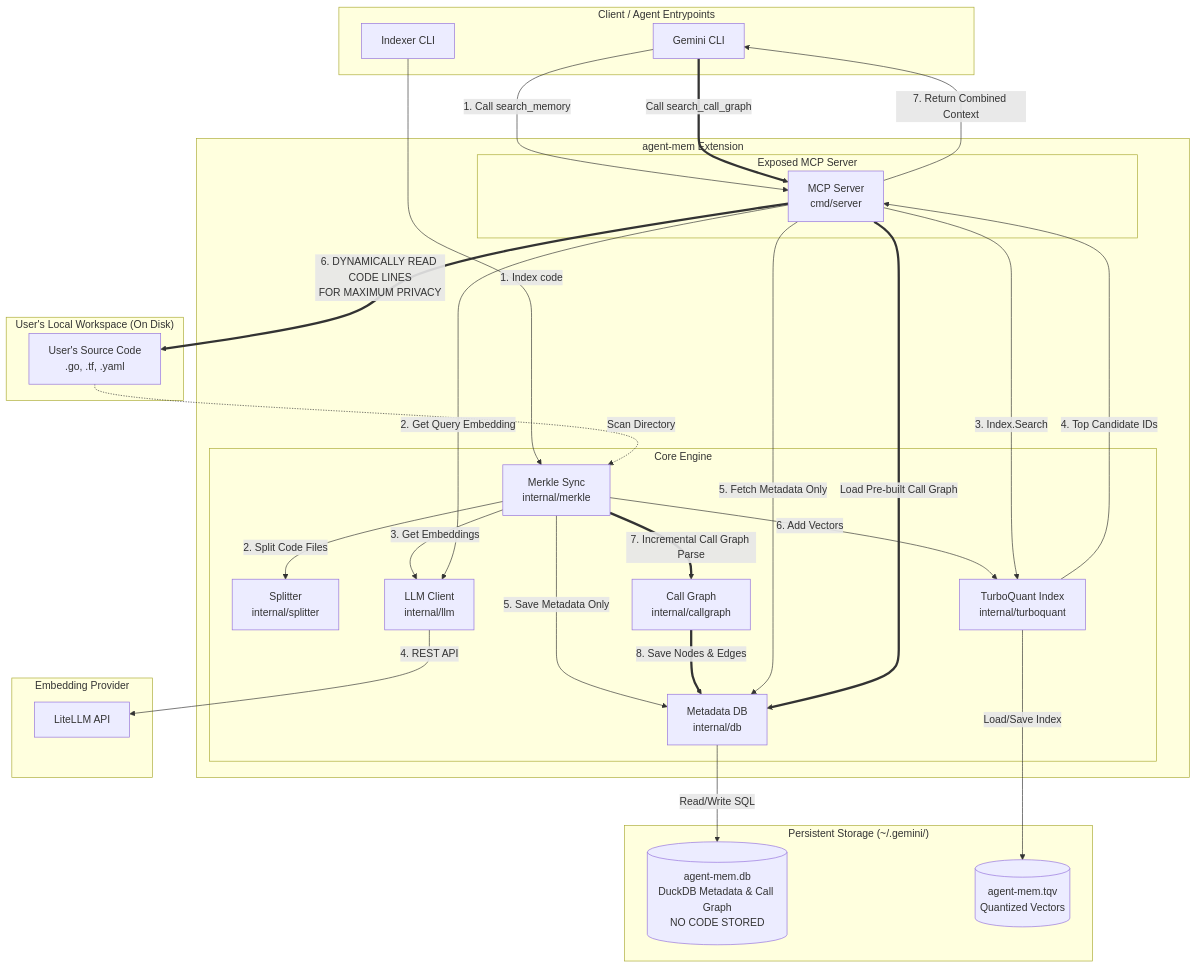
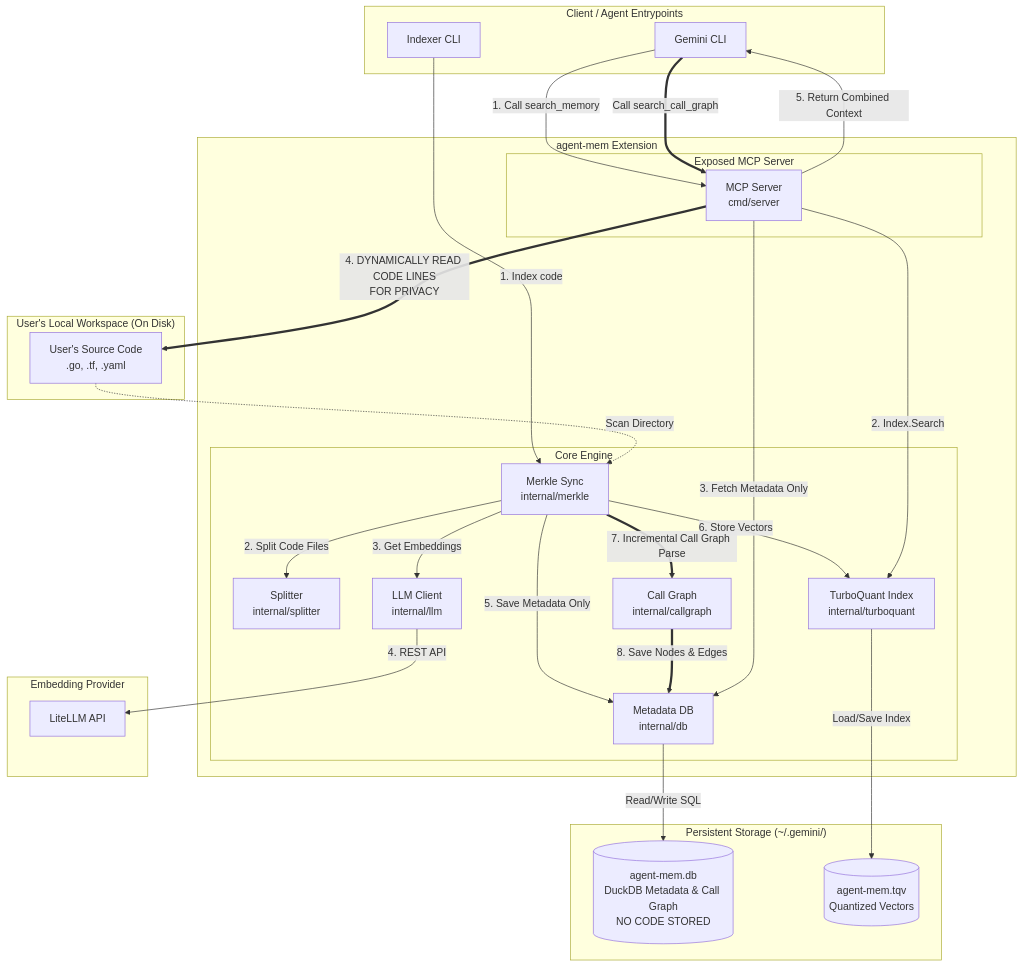
One commit to datnguyenzzz/agent-context changed the diagram in README.md. Above: the diagram before and after it, drawn with Mermaid.

````diff
--- a/README.md
+++ b/README.md
@@ -55,66 +55,63 @@
 ```mermaid
 graph TD
     %% Entrypoints
     subgraph Client ["Client / Agent Entrypoints"]
         cli[Gemini CLI]
         idx_cli[Indexer CLI]
     end
 
     %% User's Environment
     subgraph Workspace ["User's Local Workspace (On Disk)"]
         code_files[User's Source Code<br/>.go, .tf, .yaml]
     end
 
     %% Extension
     subgraph Extension ["agent-mem Extension"]
         subgraph MCP ["Exposed MCP Server"]
             mcp_srv[MCP Server<br/>cmd/server]
         end
 
         subgraph Core ["Core Engine"]
             merkle[Merkle Sync<br/>internal/merkle]
             splitter[Splitter<br/>internal/splitter]
             llm[LLM Client<br/>internal/llm]
             db[Metadata DB<br/>internal/db]
             tq[TurboQuant Index<br/>internal/turboquant]
             callgraph[Call Graph<br/>internal/callgraph]
         end
     end
 
     %% Providers
     subgraph Provider ["Embedding Provider"]
         litellm[LiteLLM API]
     end
 
     %% Storage
     subgraph Storage ["Persistent Storage (~/.gemini/)"]
         duckdb_file[(agent-mem.db<br/>DuckDB Metadata & Call Graph<br/>NO CODE STORED)]
         tqv_file[(agent-mem.tqv<br/>Quantized Vectors)]
     end
 
     %% Indexing Flow
     idx_cli -->|1. Index code| merkle
     code_files -.->|Scan Directory| merkle
     merkle -->|2. Split Code Files| splitter
     merkle -->|3. Get Embeddings| llm
     llm -->|4. REST API| litellm
     merkle -->|5. Save Metadata Only| db
-    merkle -->|6. Add Vectors| tq
+    merkle -->|6. Store Vectors| tq
     merkle ==>|7. Incremental Call Graph Parse| callgraph
     callgraph ==>|8. Save Nodes & Edges| db
 
     %% MCP Query Flow
     cli -->|1. Call search_memory| mcp_srv
-    mcp_srv -->|2. Get Query Embedding| llm
-    mcp_srv -->|3. Index.Search| tq
-    tq -->|4. Top Candidate IDs| mcp_srv
-    mcp_srv -->|5. Fetch Metadata Only| db
-    mcp_srv ==>|6. DYNAMICALLY READ CODE LINES<br/>FOR MAXIMUM PRIVACY| code_files
-    mcp_srv -->|7. Return Combined Context| cli
+    mcp_srv -->|2. Index.Search| tq
+    mcp_srv -->|3. Fetch Metadata Only| db
+    mcp_srv ==>|4. DYNAMICALLY READ CODE LINES<br/>FOR PRIVACY| code_files
+    mcp_srv -->|5. Return Combined Context| cli
     cli ==>|Call search_call_graph| mcp_srv
-    mcp_srv ==>|Load Pre-built Call Graph| db
 
     %% Persistence
     db -->|Read/Write SQL| duckdb_file
     tq -->|Load/Save Index| tqv_file
 ```
````
